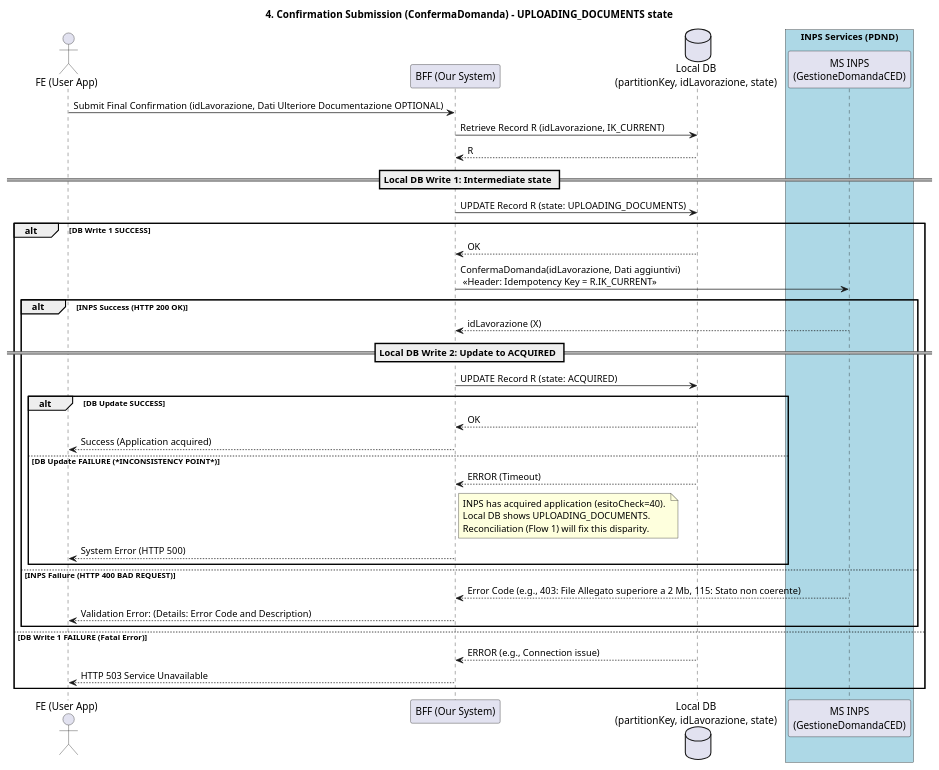
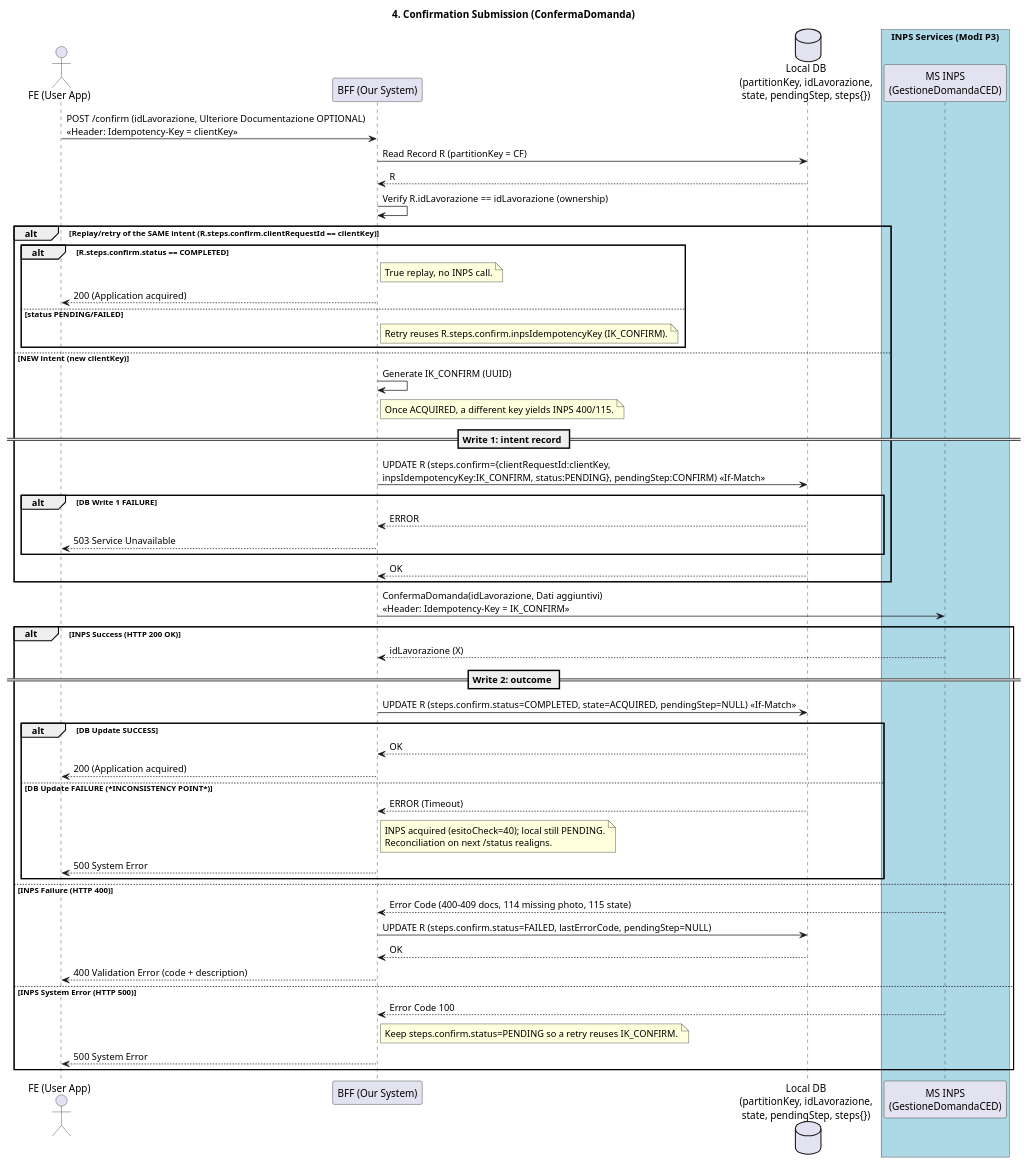
One commit to pagopa/io-growth changed the diagram in docs/ced-card-request/sequence/upload_docs_and_confirm_sequence.puml. Above: the diagram before and after it, drawn with PlantUML. The commit also changed 72 other files, not shown here.

```diff
--- a/docs/ced-card-request/sequence/upload_docs_and_confirm_sequence.puml
+++ b/docs/ced-card-request/sequence/upload_docs_and_confirm_sequence.puml
@@ -1,50 +1,67 @@
 @startuml Upload Documentation and Confirm Sequence Diagram
 
 actor "FE (User App)" as FE
 participant "BFF (Our System)" as BFF
-database "Local DB\n(partitionKey, idLavorazione, state)" as DB
-box "INPS Services (PDND)" #LightBlue
+database "Local DB\n(partitionKey, idLavorazione,\nstate, pendingStep, steps{})" as DB
+box "INPS Services (ModI P3)" #LightBlue
   participant "MS INPS\n(GestioneDomandaCED)" as INPS
 end box
 
-title 4. Confirmation Submission (ConfermaDomanda) - UPLOADING_DOCUMENTS state
+title 4. Confirmation Submission (ConfermaDomanda)
 
-FE -> BFF: Submit Final Confirmation (idLavorazione, Dati Ulteriore Documentazione OPTIONAL)
+FE -> BFF: POST /confirm (idLavorazione, Ulteriore Documentazione OPTIONAL)\n<<Header: Idempotency-Key = clientKey>>
 
-BFF -> DB: Retrieve Record R (idLavorazione, IK_CURRENT)
+BFF -> DB: Read Record R (partitionKey = CF)
 DB --> BFF: R
+BFF -> BFF: Verify R.idLavorazione == idLavorazione (ownership)
 
-== Local DB Write 1: Intermediate state ==
-BFF -> DB: UPDATE Record R (state: UPLOADING_DOCUMENTS)
-
-alt DB Write 1 SUCCESS
-    DB --> BFF: OK
-
-    BFF -> INPS: ConfermaDomanda(idLavorazione, Dati aggiuntivi) \n <<Header: Idempotency Key = R.IK_CURRENT>>
-
-    alt INPS Success (HTTP 200 OK)
-        INPS --> BFF: idLavorazione (X)
-
-        == Local DB Write 2: Update to ACQUIRED ==
-        BFF -> DB: UPDATE Record R (state: ACQUIRED)
-
-        alt DB Update SUCCESS
-            DB --> BFF: OK
-            BFF --> FE: Success (Application acquired)
-
-        else DB Update FAILURE (***INCONSISTENCY POINT***)
-            DB --> BFF: ERROR (Timeout)
-            note right of BFF: INPS has acquired application (esitoCheck=40). \nLocal DB shows UPLOADING_DOCUMENTS. \nReconciliation (Flow 1) will fix this disparity.
-            BFF --> FE: System Error (HTTP 500)
-        end
-
-    else INPS Failure (HTTP 400 BAD REQUEST)
-        INPS --> BFF: Error Code (e.g., 403: File Allegato superiore a 2 Mb, 115: Stato non coerente)
-        BFF --> FE: Validation Error: (Details: Error Code and Description)
+alt Replay/retry of the SAME intent (R.steps.confirm.clientRequestId == clientKey)
+    alt R.steps.confirm.status == COMPLETED
+        note right of BFF: True replay, no INPS call.
+        BFF --> FE: 200 (Application acquired)
+    else status PENDING/FAILED
+        note right of BFF: Retry reuses R.steps.confirm.inpsIdempotencyKey (IK_CONFIRM).
     end
 
-else DB Write 1 FAILURE (Fatal Error)
-    DB --> BFF: ERROR (e.g., Connection issue)
-    BFF --> FE: HTTP 503 Service Unavailable
+else NEW intent (new clientKey)
+    BFF -> BFF: Generate IK_CONFIRM (UUID)
+    note right of BFF: Once ACQUIRED, a different key yields INPS 400/115.
+
+    == Write 1: intent record ==
+    BFF -> DB: UPDATE R (steps.confirm={clientRequestId:clientKey,\ninpsIdempotencyKey:IK_CONFIRM, status:PENDING}, pendingStep:CONFIRM) <<If-Match>>
+    alt DB Write 1 FAILURE
+        DB --> BFF: ERROR
+        BFF --> FE: 503 Service Unavailable
+    end
+    DB --> BFF: OK
+end
+
+BFF -> INPS: ConfermaDomanda(idLavorazione, Dati aggiuntivi)\n<<Header: Idempotency-Key = IK_CONFIRM>>
+
+alt INPS Success (HTTP 200 OK)
+    INPS --> BFF: idLavorazione (X)
+
+    == Write 2: outcome ==
+    BFF -> DB: UPDATE R (steps.confirm.status=COMPLETED, state=ACQUIRED, pendingStep=NULL) <<If-Match>>
+
+    alt DB Update SUCCESS
+        DB --> BFF: OK
+        BFF --> FE: 200 (Application acquired)
+    else DB Update FAILURE (***INCONSISTENCY POINT***)
+        DB --> BFF: ERROR (Timeout)
+        note right of BFF: INPS acquired (esitoCheck=40); local still PENDING.\nReconciliation on next /status realigns.
+        BFF --> FE: 500 System Error
+    end
+
+else INPS Failure (HTTP 400)
+    INPS --> BFF: Error Code (400-409 docs, 114 missing photo, 115 state)
+    BFF -> DB: UPDATE R (steps.confirm.status=FAILED, lastErrorCode, pendingStep=NULL)
+    DB --> BFF: OK
+    BFF --> FE: 400 Validation Error (code + description)
+
+else INPS System Error (HTTP 500)
+    INPS --> BFF: Error Code 100
+    note right of BFF: Keep steps.confirm.status=PENDING so a retry reuses IK_CONFIRM.
+    BFF --> FE: 500 System Error
 end
 @enduml
```
